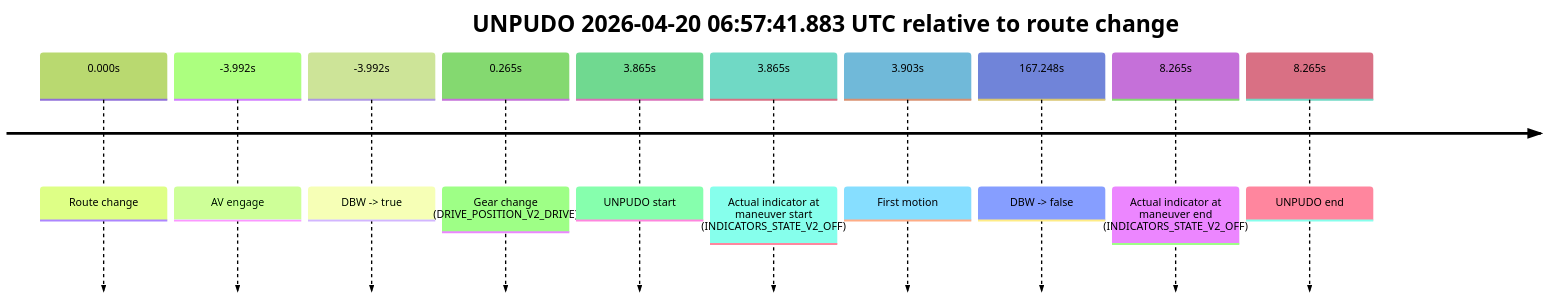
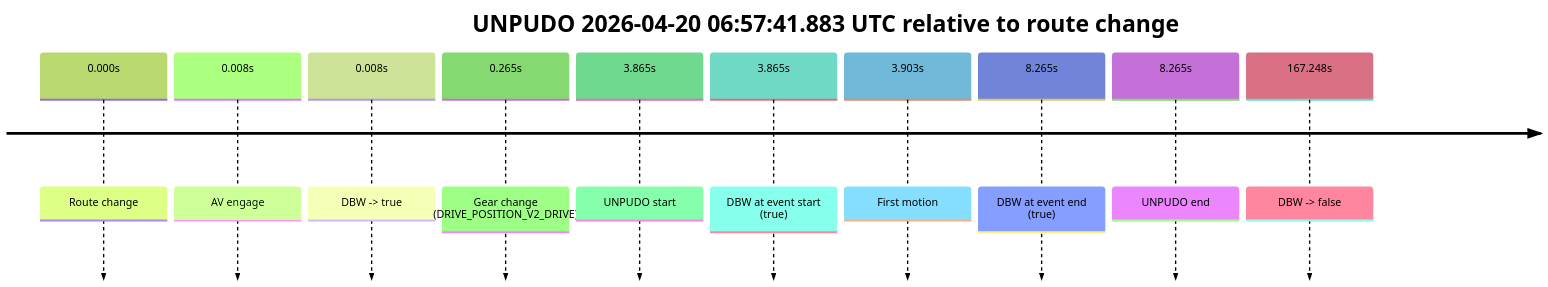
One commit to yoelshapiro/vault changed the seventh of 13 diagrams in model_analysis/report_cards/2026/04/Week-4/fme20018--2026-04-20--06-09-46--gen2-av-f3dff3a8-6b32-43f2-a280-52ddb467ac46.md. Above: the diagram before and after it, drawn with Mermaid (forest theme). The commit also changed other lines of this file and 85 other files, not shown here.

````diff
--- a/model_analysis/report_cards/2026/04/Week-4/fme20018--2026-04-20--06-09-46--gen2-av-f3dff3a8-6b32-43f2-a280-52ddb467ac46.md
+++ b/model_analysis/report_cards/2026/04/Week-4/fme20018--2026-04-20--06-09-46--gen2-av-f3dff3a8-6b32-43f2-a280-52ddb467ac46.md
@@ -559,14 +579,14 @@
 ```mermaid
 timeline
     title UNPUDO 2026-04-20 06:57:41.883 UTC relative to route change
     0.000s : Route change
-    -3.992s : AV engage
-    -3.992s : DBW -> true
+    0.008s : AV engage
+    0.008s : DBW -> true
     0.265s : Gear change (DRIVE_POSITION_V2_DRIVE)
     3.865s : UNPUDO start
-    3.865s : Actual indicator at maneuver start (INDICATORS_STATE_V2_OFF)
+    3.865s : DBW at event start (true)
     3.903s : First motion
+    8.265s : DBW at event end (true)
+    8.265s : UNPUDO end
     167.248s : DBW -> false
-    8.265s : Actual indicator at maneuver end (INDICATORS_STATE_V2_OFF)
-    8.265s : UNPUDO end
 ```
````
